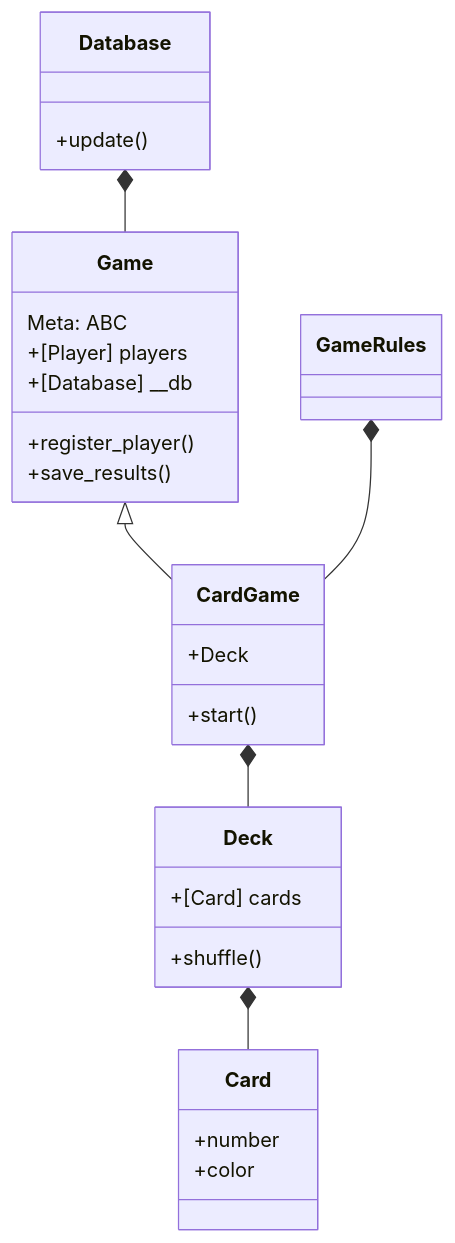
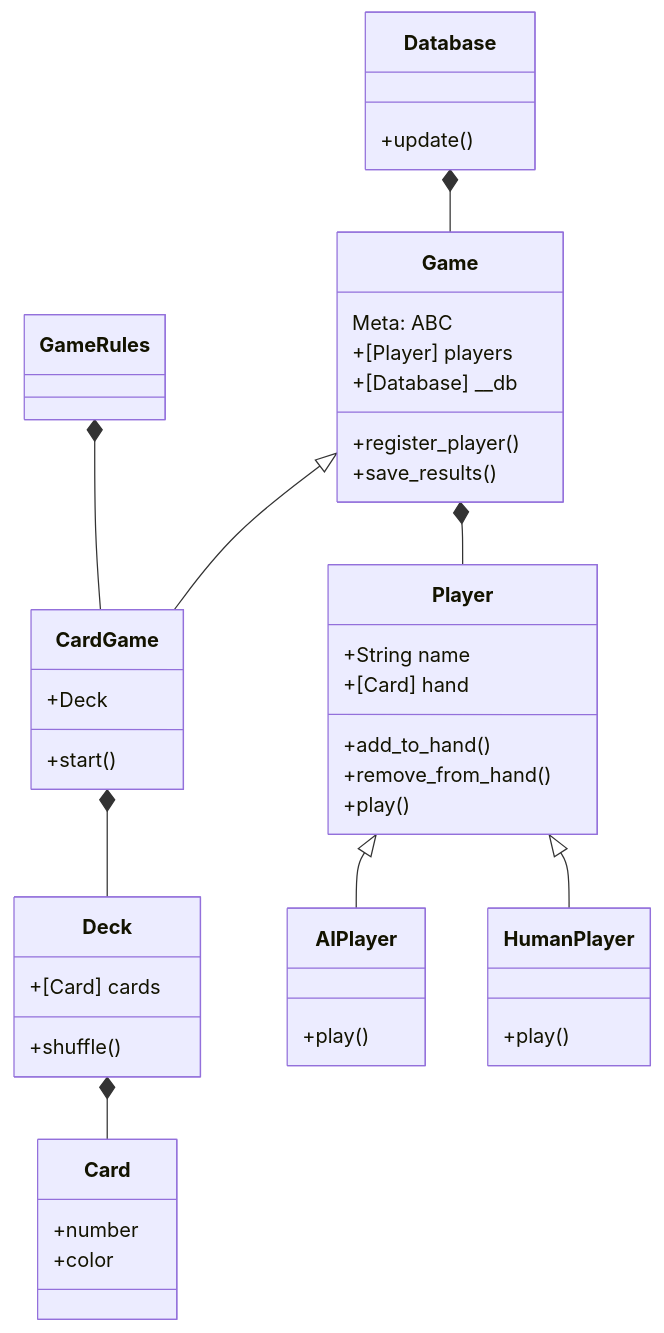
Before and after one commit to Mistayan/President-Game: the second of 6 diagrams in README.md, drawn with Mermaid.

Commit message:
updated schemas for more pertinences
Game *-- Player

````diff
--- a/README.md
+++ b/README.md
@@ -53,30 +53,47 @@
 ```mermaid
 classDiagram
     Database *-- Game
     Game <|-- CardGame
     GameRules *-- CardGame
     CardGame *-- Deck
     Deck *-- Card
+    Game *-- Player
+    Player <|-- AIPlayer
+    Player <|-- HumanPlayer
     class Game{
         Meta: ABC
         +[Player] players
         +[Database] __db
         +register_player()
         +save_results()
     }
     class CardGame{
         +Deck
         +start()
     }
     class Database{
         +update()
     }
+    class Player{
+        +String name
+        +[Card] hand
+        +add_to_hand()
+        +remove_from_hand()
+        +play()
+    }
+        class AIPlayer{
+        +play()
+    }
+    class HumanPlayer{
+        +play()
+    }
+
     class Deck{
         +[Card] cards
         +shuffle()
     }
     class Card{
         +number
         +color
     }
 ```
````
